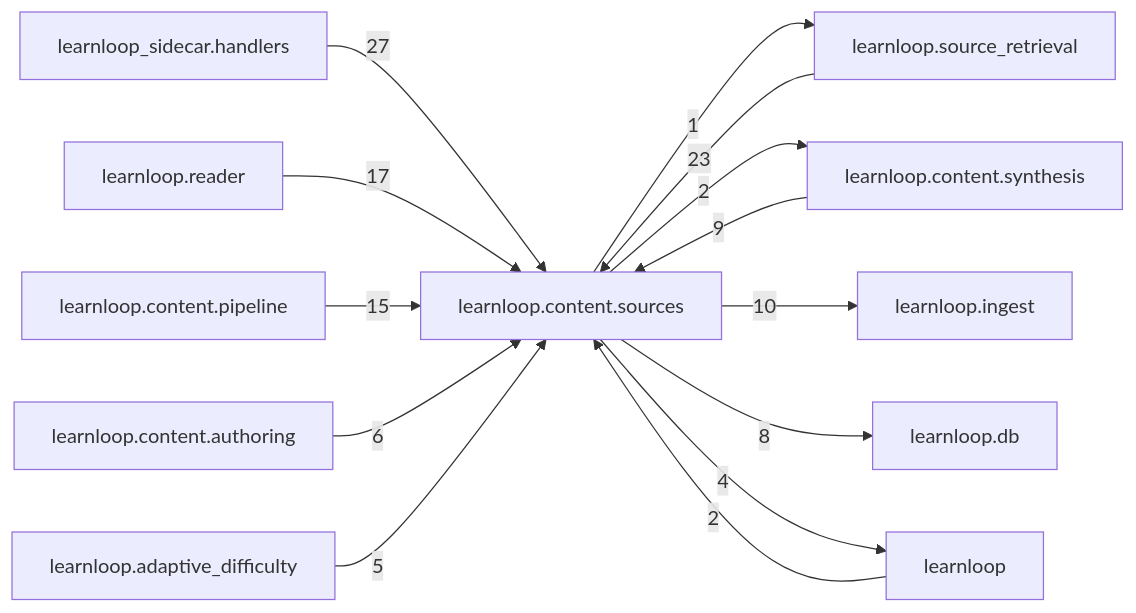
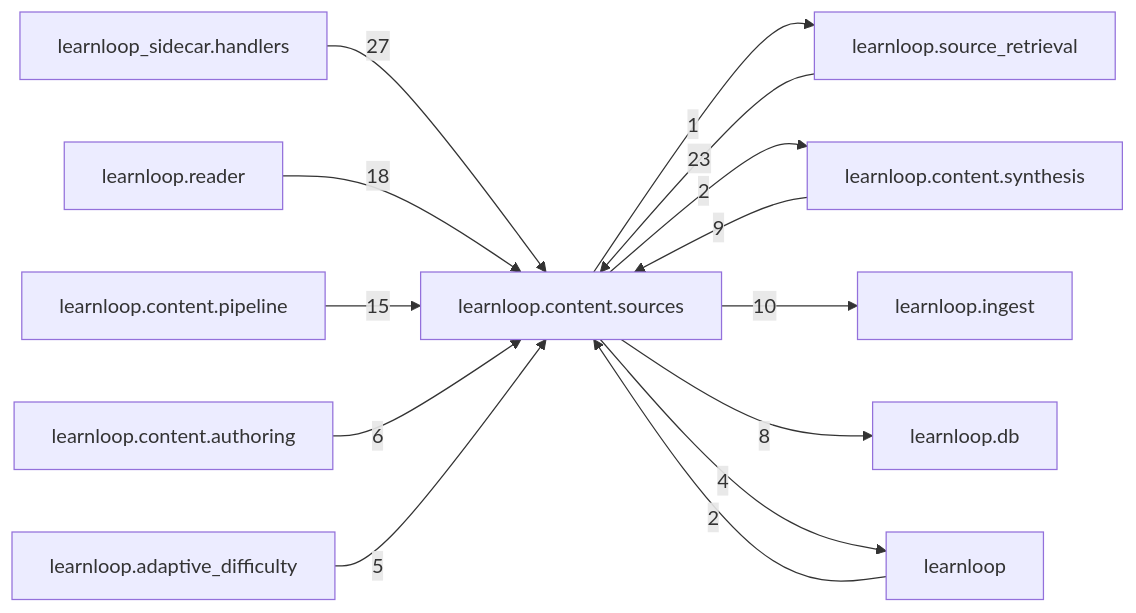
The diagram in docs/learnloop-architecture-vault/Reference/Modules/learnloop/content/sources/_package.md (6up-b/learnanything), drawn with Mermaid before and after one commit. The commit also changed other lines of this file and 24 other files, not shown here.

````diff
--- a/docs/learnloop-architecture-vault/Reference/Modules/learnloop/content/sources/_package.md
+++ b/docs/learnloop-architecture-vault/Reference/Modules/learnloop/content/sources/_package.md
@@ -126,27 +126,27 @@
 ```mermaid
 flowchart LR
     center["learnloop.content.sources"]
     n_learnloop_sidecar_handlers["learnloop_sidecar.handlers"]
     n_learnloop_source_retrieval["learnloop.source_retrieval"]
     n_learnloop_reader["learnloop.reader"]
     n_learnloop_content_pipeline["learnloop.content.pipeline"]
     n_learnloop_content_synthesis["learnloop.content.synthesis"]
     n_learnloop_ingest["learnloop.ingest"]
     n_learnloop_db["learnloop.db"]
     n_learnloop["learnloop"]
     n_learnloop_content_authoring["learnloop.content.authoring"]
     n_learnloop_adaptive_difficulty["learnloop.adaptive_difficulty"]
     n_learnloop_sidecar_handlers -->|27| center
     n_learnloop_source_retrieval -->|23| center
     center -->|1| n_learnloop_source_retrieval
-    n_learnloop_reader -->|17| center
+    n_learnloop_reader -->|18| center
     n_learnloop_content_pipeline -->|15| center
     n_learnloop_content_synthesis -->|9| center
     center -->|2| n_learnloop_content_synthesis
     center -->|10| n_learnloop_ingest
     center -->|8| n_learnloop_db
     n_learnloop -->|2| center
     center -->|4| n_learnloop
     n_learnloop_content_authoring -->|6| center
     n_learnloop_adaptive_difficulty -->|5| center
 ```
````
